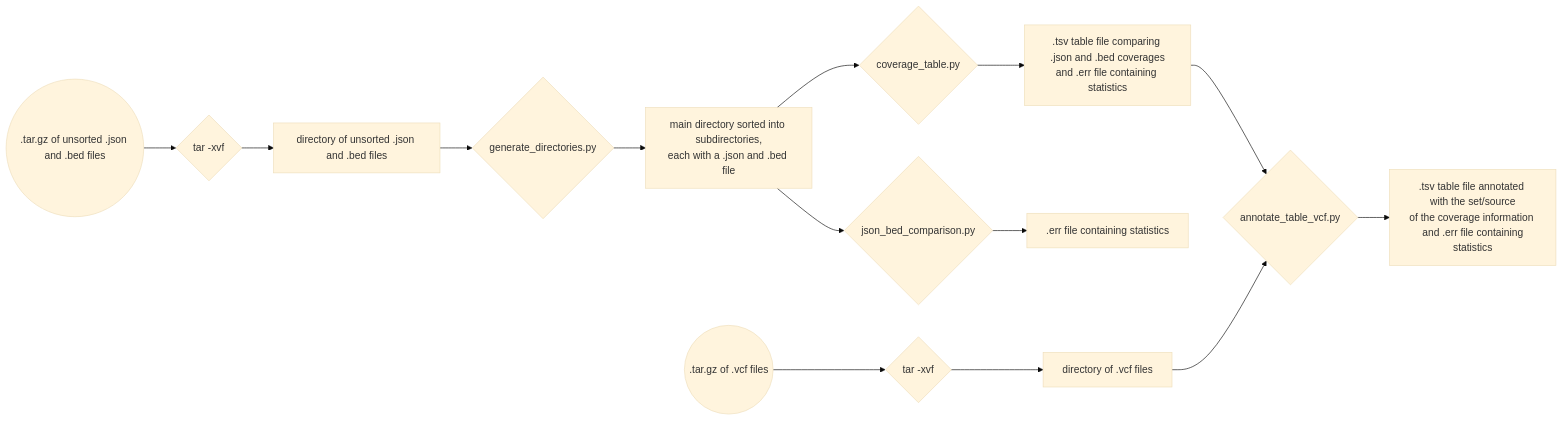
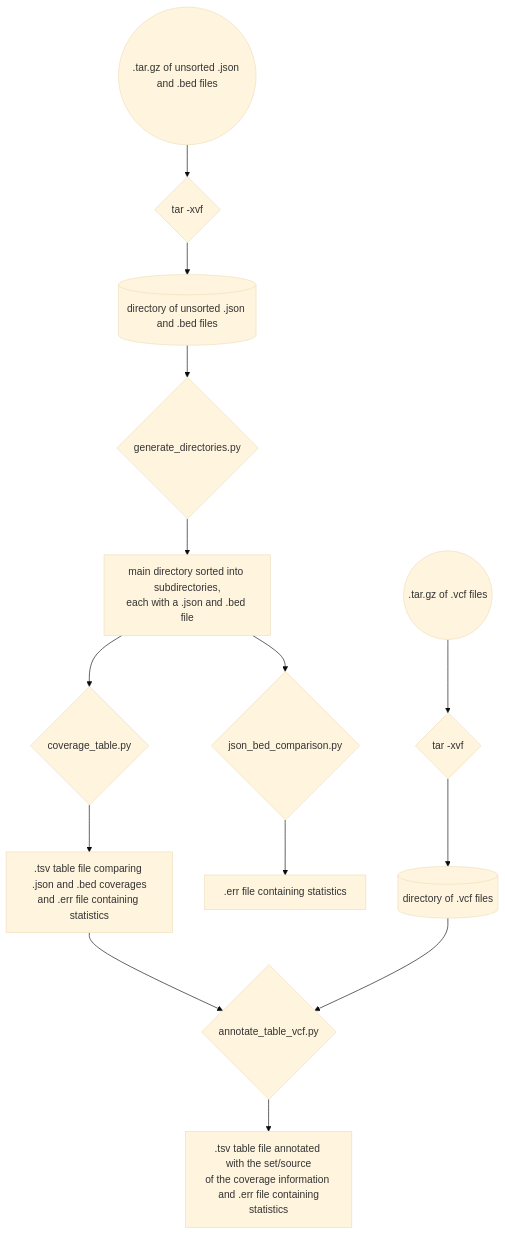
One commit to jaq-lagnirac/myeloseq-jaq changed the diagram in py/README.md. Above: the diagram before and after it, drawn with Mermaid (base theme).

Commit message:
Changed flowchart to top-down, change directory to database

````diff
--- a/py/README.md
+++ b/py/README.md
@@ -15,35 +15,35 @@
 ```mermaid
-flowchart LR
+flowchart TD
     originalstate1(("`.tar.gz of unsorted .json and .bed files`"))
     action1{"`tar -xvf`"}
-    state2["`directory of unsorted .json and .bed files`"]
+    state2[("`directory of unsorted .json and .bed files`")]
     action2{"`generate_directories.py`"}
     state3["`main directory sorted into subdirectories,
     each with a .json and .bed file`"]
     action3{"`coverage_table.py`"}
     action35{"`json_bed_comparison.py`"}
     state4["`.tsv table file comparing .json and .bed coverages
     and .err file containing statistics`"]
     state45["`.err file containing statistics`"]
     originalstate2(("`.tar.gz of .vcf files`"))
     action21{"`tar -xvf`"}
-    state22["`directory of .vcf files`"]
+    state22[("`directory of .vcf files`")]
     action4{"`annotate_table_vcf.py`"}
     state5["`.tsv table file annotated with the set/source
     of the coverage information and .err file containing
     statistics`"]
 
     originalstate1 --> action1
     action1 --> state2
     state2 --> action2
     action2 --> state3
     state3 --> action3
     state3 --> action35
     action3 --> state4
     state4 --> action4
     action35 --> state45
     originalstate2 --> action21
     action21 --> state22
     state22 --> action4
     action4 --> state5
 ```
````
